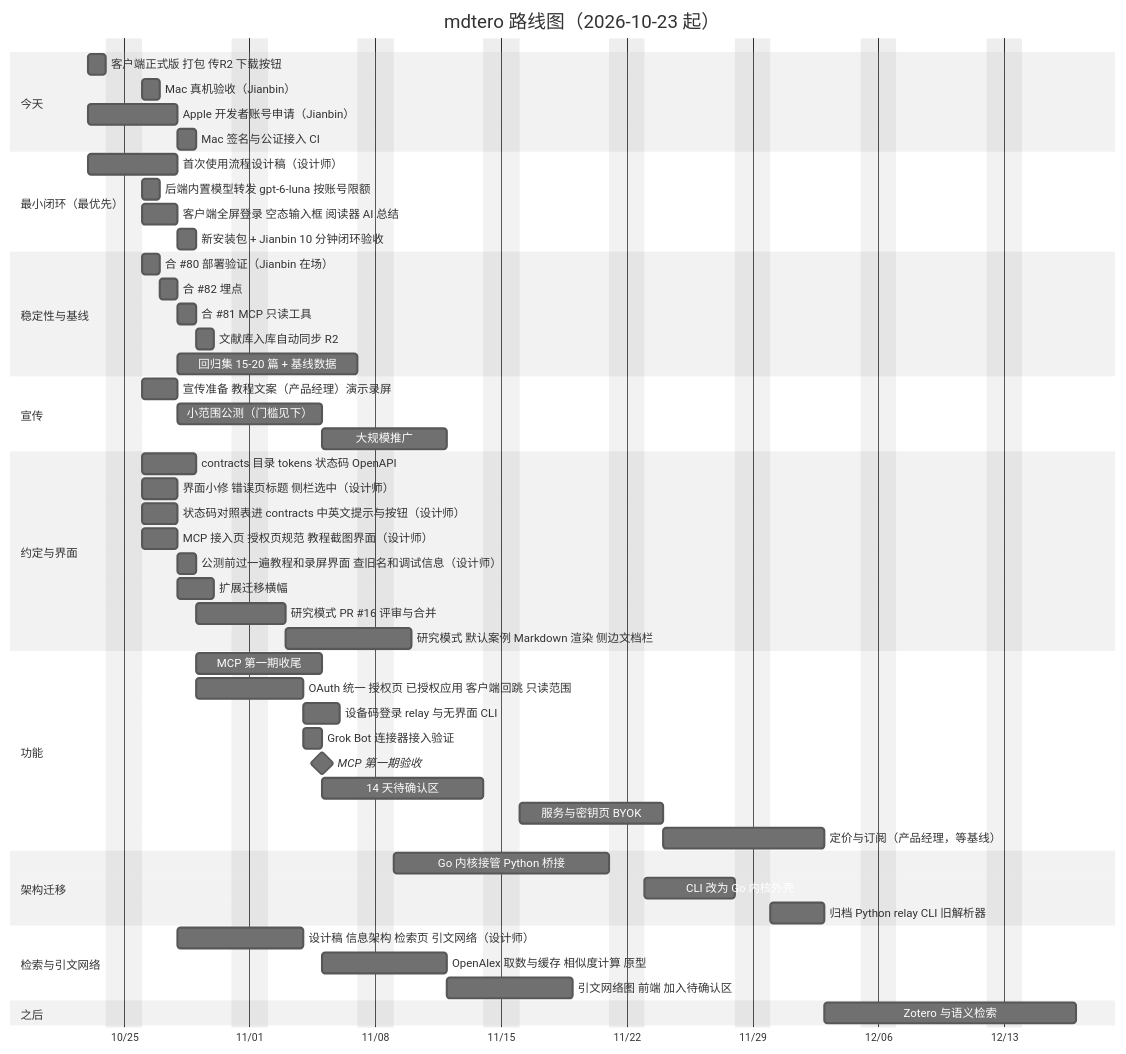
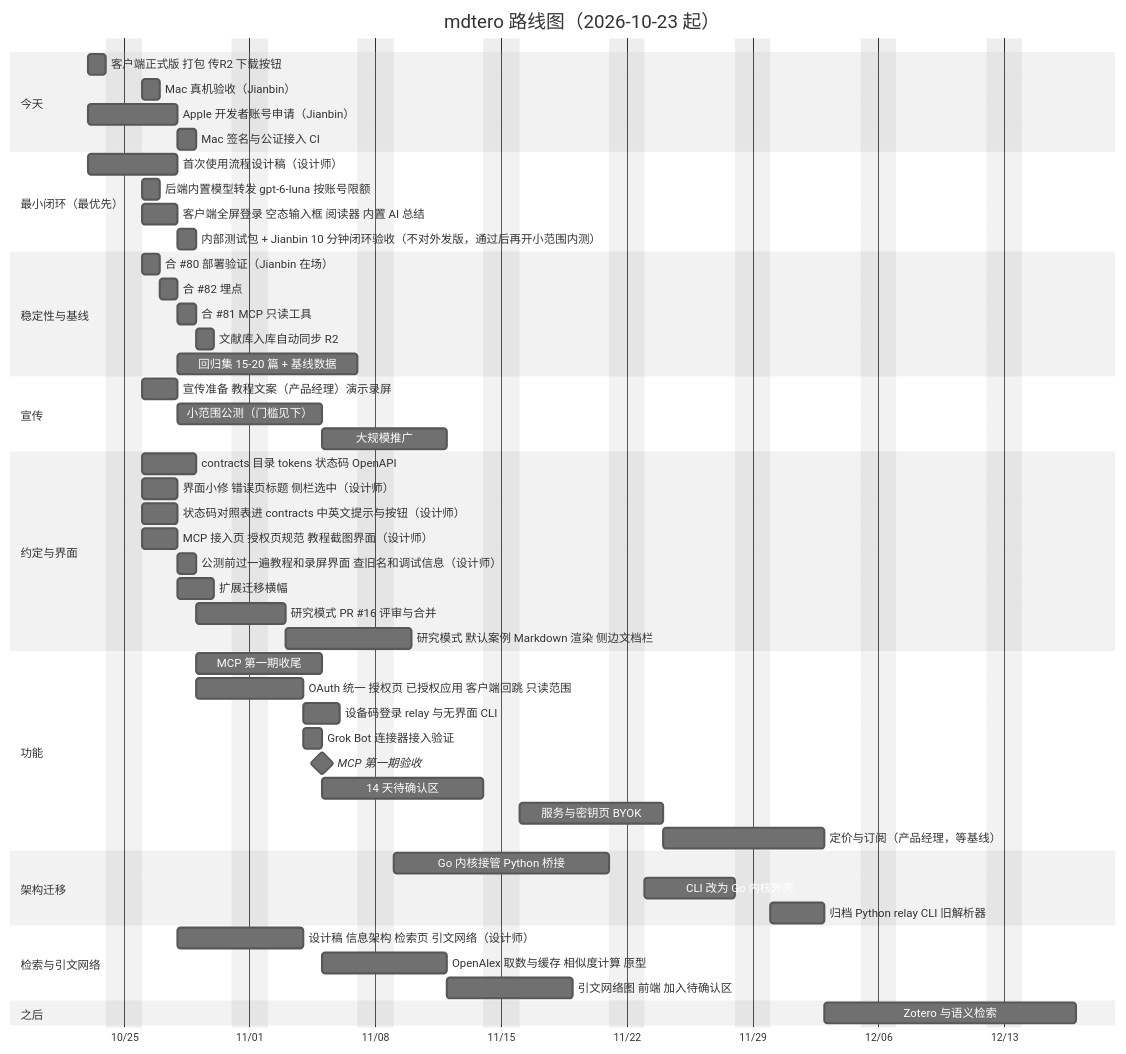
One commit to JonbinC/doi2md changed the diagram in docs/roadmap/gantt.md. Above: the diagram before and after it, drawn with Mermaid (neutral theme).

Commit message:
docs: gantt m4 becomes internal check, no public release date

````diff
--- a/docs/roadmap/gantt.md
+++ b/docs/roadmap/gantt.md
@@ -2,55 +2,55 @@
 ```mermaid
 gantt
     title mdtero 路线图（2026-10-23 起）
     dateFormat YYYY-MM-DD
     axisFormat %m/%d
     excludes weekends
     section 今天
     客户端正式版 打包 传R2 下载按钮      :a1, 2026-10-23, 1d
     Mac 真机验收（Jianbin）               :a2, after a1, 1d
     Apple 开发者账号申请（Jianbin）       :a3, 2026-10-23, 3d
     Mac 签名与公证接入 CI                 :a4, after a3, 1d
     section 最小闭环（最优先）
     首次使用流程设计稿（设计师）           :m1, 2026-10-23, 3d
     后端内置模型转发 gpt-6-luna 按账号限额  :m2, 2026-10-26, 1d
-    客户端全屏登录 空态输入框 阅读器 AI 总结 :m3, 2026-10-26, 2d
-    新安装包 + Jianbin 10 分钟闭环验收      :m4, after m3, 1d
+    客户端全屏登录 空态输入框 阅读器 内置 AI 总结 :m3, 2026-10-26, 2d
+    内部测试包 + Jianbin 10 分钟闭环验收（不对外发版，通过后再开小范围内测） :m4, after m3, 1d
     section 稳定性与基线
     合 #80 部署验证（Jianbin 在场）        :b1, 2026-10-26, 1d
     合 #82 埋点                           :b2, after b1, 1d
     合 #81 MCP 只读工具                   :b3, after b2, 1d
     文献库入库自动同步 R2                  :b5, after b3, 1d
     回归集 15-20 篇 + 基线数据             :b4, after b2, 8d
     section 宣传
     宣传准备 教程文案（产品经理）演示录屏    :p1, 2026-10-26, 2d
     小范围公测（门槛见下）                 :p2, 2026-10-28, 6d
     大规模推广                            :p3, after d4, 5d
     section 约定与界面
     contracts 目录 tokens 状态码 OpenAPI  :c1, 2026-10-26, 3d
     界面小修 错误页标题 侧栏选中（设计师） :c2, 2026-10-26, 2d
     状态码对照表进 contracts 中英文提示与按钮（设计师） :c5, 2026-10-26, 2d
     MCP 接入页 授权页规范 教程截图界面（设计师） :c6, 2026-10-26, 2d
     公测前过一遍教程和录屏界面 查旧名和调试信息（设计师） :c7, after c6, 1d
     扩展迁移横幅                          :c4, 2026-10-28, 2d
     研究模式 PR #16 评审与合并             :c3, after c1, 3d
     研究模式 默认案例 Markdown 渲染 侧边文档栏 :c8, after c3, 5d
     section 功能
     MCP 第一期收尾                         :d1, after b3, 5d
     OAuth 统一 授权页 已授权应用 客户端回跳 只读范围 :o1, after b3, 4d
     设备码登录 relay 与无界面 CLI               :o2, after o1, 2d
     Grok Bot 连接器接入验证                    :g1, after o1, 1d
     MCP 第一期验收                         :milestone, d4, after d1 o1 g1 a4, 0d
     14 天待确认区                          :d2, after d4, 7d
     服务与密钥页 BYOK                      :d3, after d2, 6d
     定价与订阅（产品经理，等基线）          :d5, after d3, 7d
     section 架构迁移
     Go 内核接管 Python 桥接                :e1, 2026-11-09, 10d
     CLI 改为 Go 内核外壳                   :e2, after e1, 5d
     归档 Python relay CLI 旧解析器         :e3, after e2, 3d
     section 检索与引文网络
     设计稿 信息架构 检索页 引文网络（设计师） :s1, 2026-10-28, 5d
     OpenAlex 取数与缓存 相似度计算 原型       :s2, after d4, 5d
     引文网络图 前端 加入待确认区               :s3, after s2, 5d
     section 之后
     Zotero 与语义检索                      :f1, after d5, 10d
 ```
````
